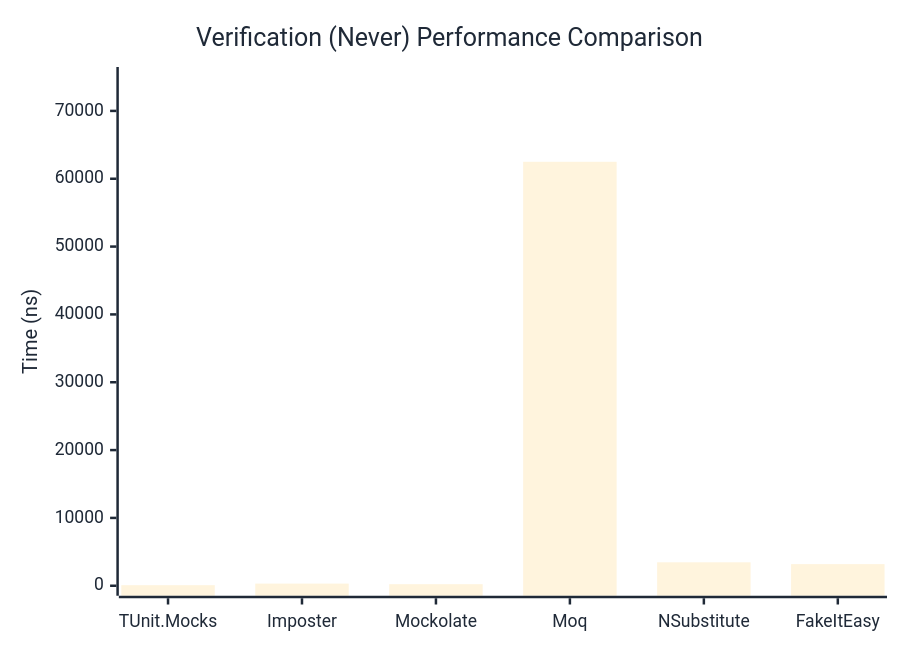
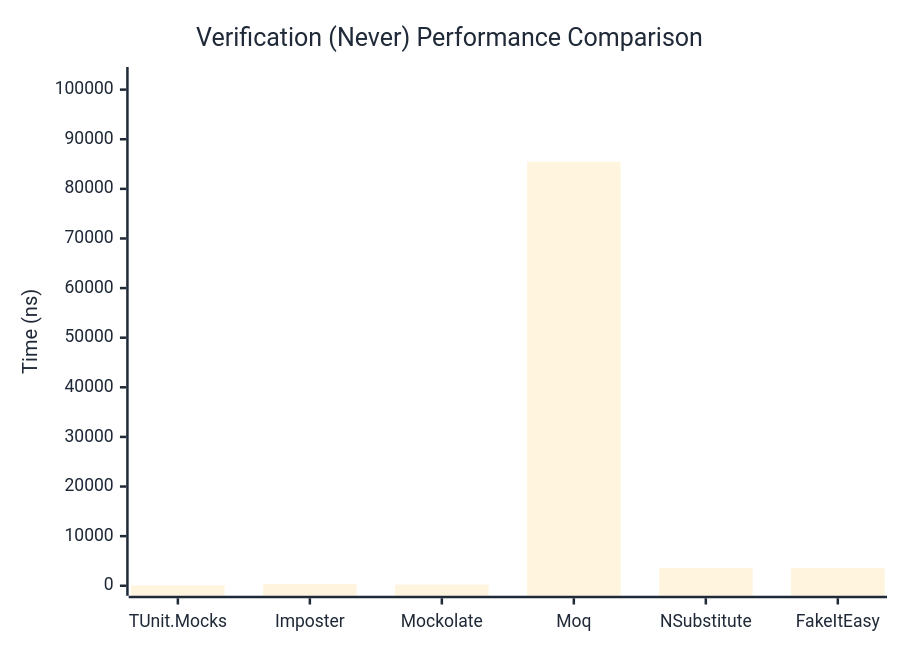
One commit to thomhurst/TUnit changed the second of 3 diagrams in docs/docs/benchmarks/mocks/Verification.md. Above: the diagram before and after it, drawn with Mermaid. The commit also changed other lines of this file and 14 other files, not shown here.

````diff
--- a/docs/docs/benchmarks/mocks/Verification.md
+++ b/docs/docs/benchmarks/mocks/Verification.md
@@ -69,27 +69,27 @@
 ```mermaid
 %%{init: {
   'theme':'base',
   'themeVariables': {
     'primaryColor': '#2563eb',
     'primaryTextColor': '#1f2937',
     'primaryBorderColor': '#1e40af',
     'lineColor': '#6b7280',
     'secondaryColor': '#7c3aed',
     'tertiaryColor': '#dc2626',
     'background': '#ffffff',
     'pie1': '#2563eb',
     'pie2': '#7c3aed',
     'pie3': '#dc2626',
     'pie4': '#f59e0b',
     'pie5': '#10b981',
     'pie6': '#06b6d4',
     'pie7': '#ec4899',
     'pie8': '#6366f1'
   }
 }}%%
 xychart-beta
   title "Verification (Never) Performance Comparison"
   x-axis ["TUnit.Mocks", "Imposter", "Mockolate", "Moq", "NSubstitute", "FakeItEasy"]
-  y-axis "Time (ns)" 0 --> 74999
-  bar [84.51, 316.91, 231.3, 62498.7, 3456.72, 3187.45]
+  y-axis "Time (ns)" 0 --> 102547
+  bar [79.85, 309.96, 234.28, 85455.7, 3596.49, 3540.3]
 ```
````
